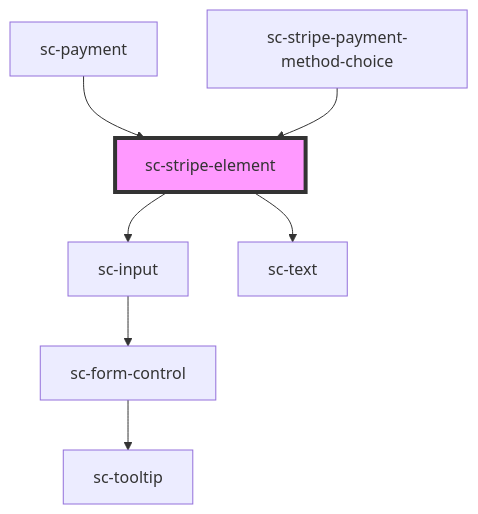
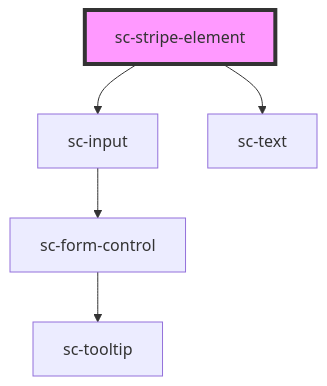
The diagram in packages/components/src/components/ui/stripe-element/readme.md (surecart/surecart-wp-plugin), drawn with Mermaid before and after one commit. The commit also changed other lines of this file and 18 other files, not shown here.

````diff
--- a/packages/components/src/components/ui/stripe-element/readme.md
+++ b/packages/components/src/components/ui/stripe-element/readme.md
@@ -69,10 +64,8 @@
 ```mermaid
 graph TD;
   sc-stripe-element --> sc-input
   sc-stripe-element --> sc-text
   sc-input --> sc-form-control
   sc-form-control --> sc-tooltip
-  sc-payment --> sc-stripe-element
-  sc-stripe-payment-method-choice --> sc-stripe-element
   style sc-stripe-element fill:#f9f,stroke:#333,stroke-width:4px
 ```
````
